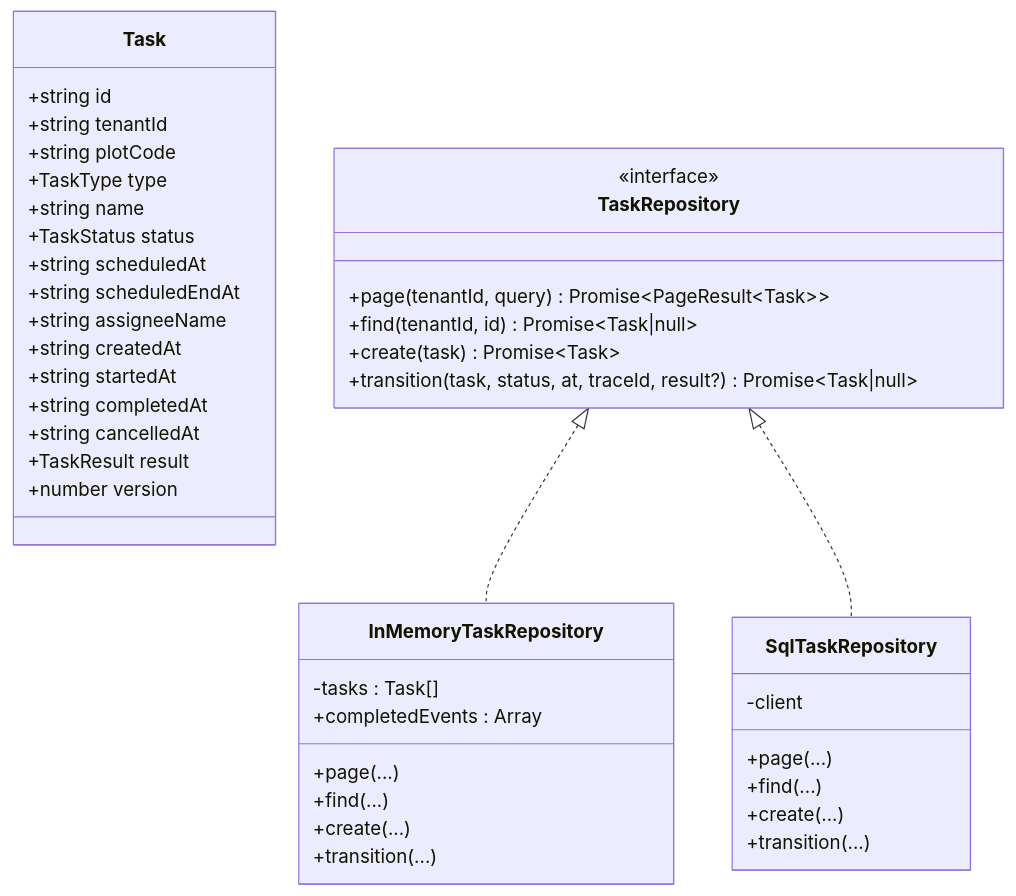
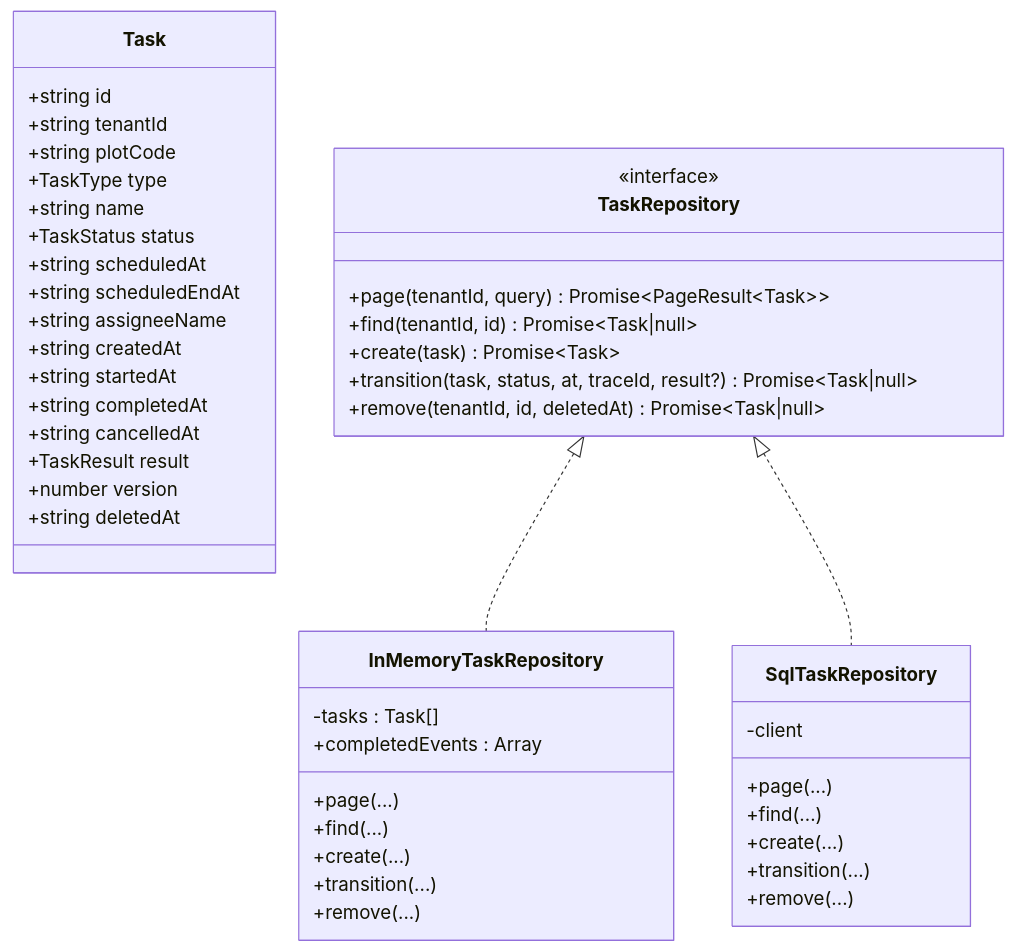
One commit to q446328246/agri-platform changed the fourth of 9 diagrams in .qoder/repowiki/zh/content/核心服务文档/作业服务.md. Above: the diagram before and after it, drawn with Mermaid. The commit also changed other lines of this file and 35 other files, not shown here.

````diff
--- a/.qoder/repowiki/zh/content/核心服务文档/作业服务.md
+++ b/.qoder/repowiki/zh/content/核心服务文档/作业服务.md
@@ -185,44 +200,48 @@
 ```mermaid
 classDiagram
 class Task {
 +string id
 +string tenantId
 +string plotCode
 +TaskType type
 +string name
 +TaskStatus status
 +string scheduledAt
 +string scheduledEndAt
 +string assigneeName
 +string createdAt
 +string startedAt
 +string completedAt
 +string cancelledAt
 +TaskResult result
 +number version
++string deletedAt
 }
 class TaskRepository {
 <<interface>>
 +page(tenantId, query) Promise~PageResult~Task~~
 +find(tenantId, id) Promise~Task|null~
 +create(task) Promise~Task~
 +transition(task, status, at, traceId, result?) Promise~Task|null~
++remove(tenantId, id, deletedAt) Promise~Task|null~
 }
 class InMemoryTaskRepository {
 -tasks : Task[]
 +completedEvents : Array
 +page(...)
 +find(...)
 +create(...)
 +transition(...)
++remove(...)
 }
 class SqlTaskRepository {
 -client
 +page(...)
 +find(...)
 +create(...)
 +transition(...)
++remove(...)
 }
 TaskRepository <|.. InMemoryTaskRepository
 TaskRepository <|.. SqlTaskRepository
 ```
````
